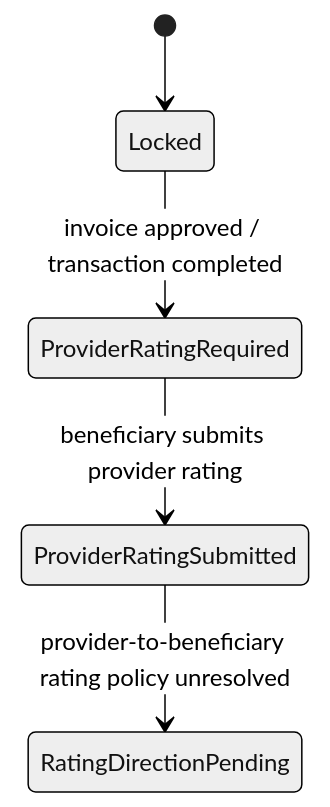
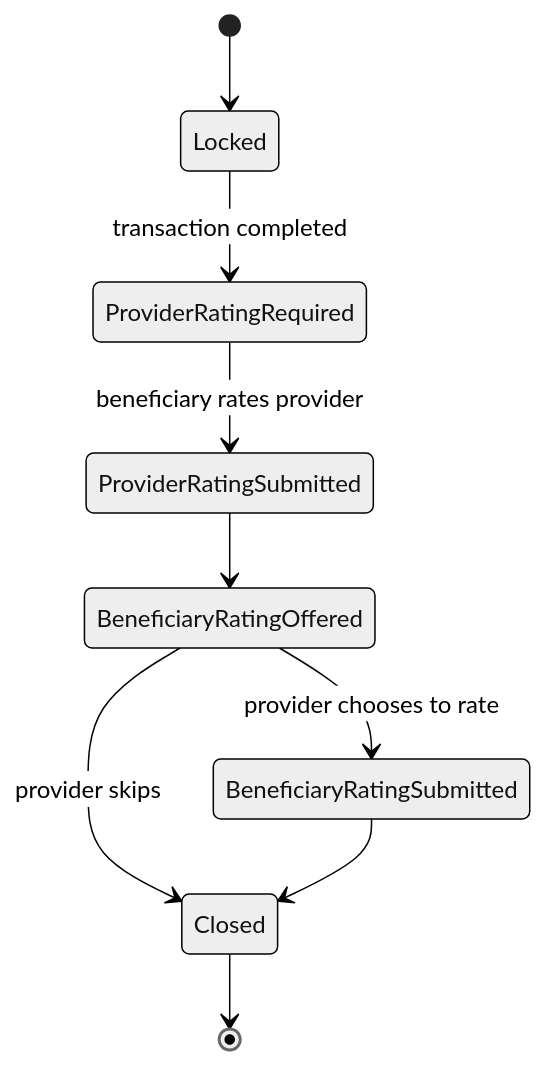
The diagram in docs/03-analysis/18-rating-reputation-model.md (Yadd-SanaaUniversityGraduationProject/yadd), drawn with Mermaid (neutral theme) before and after one commit. The commit also changed other lines of this file, not shown here.

Commit message:
analysis: close provider-to-beneficiary rating model

````diff
--- a/docs/03-analysis/18-rating-reputation-model.md
+++ b/docs/03-analysis/18-rating-reputation-model.md
@@ -64,7 +64,11 @@
 ```mermaid
 stateDiagram-v2
     [*] --> Locked
-    Locked --> ProviderRatingRequired: invoice approved / transaction completed
-    ProviderRatingRequired --> ProviderRatingSubmitted: beneficiary submits provider rating
-    ProviderRatingSubmitted --> RatingDirectionPending: provider-to-beneficiary rating policy unresolved
+    Locked --> ProviderRatingRequired: transaction completed
+    ProviderRatingRequired --> ProviderRatingSubmitted: beneficiary rates provider
+    ProviderRatingSubmitted --> BeneficiaryRatingOffered
+    BeneficiaryRatingOffered --> BeneficiaryRatingSubmitted: provider chooses to rate
+    BeneficiaryRatingOffered --> Closed: provider skips
+    BeneficiaryRatingSubmitted --> Closed
+    Closed --> [*]
 ```
````
